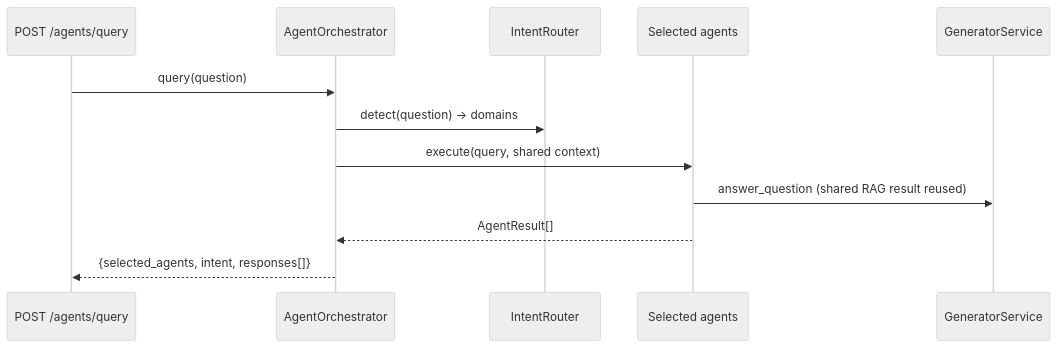
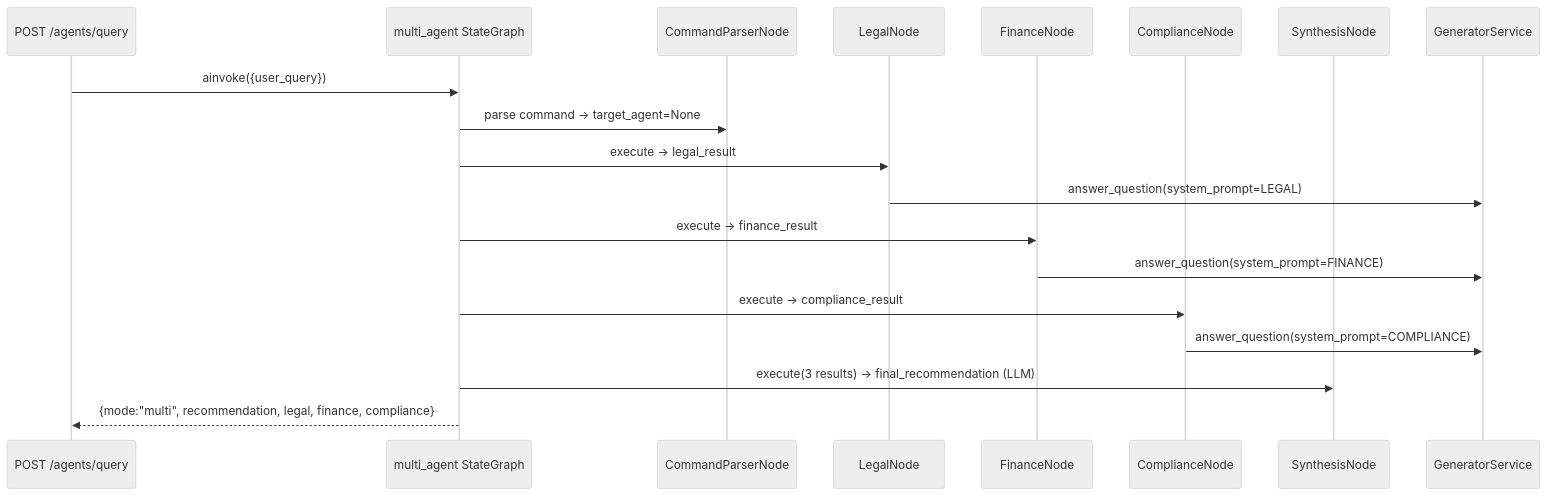
Before and after one commit to maha-mrrk/LegaLinkk: the tenth of 12 diagrams in docs/ARCHITECTURE.md, drawn with Mermaid (neutral theme). The commit also changed other lines of this file and 22 other files, not shown here.

````diff
--- a/docs/ARCHITECTURE.md
+++ b/docs/ARCHITECTURE.md
@@ -750,14 +777,21 @@
 ```mermaid
 sequenceDiagram
   participant API as POST /agents/query
-  participant O as AgentOrchestrator
-  participant IR as IntentRouter
-  participant A as Selected agents
+  participant G as multi_agent StateGraph
+  participant CP as CommandParserNode
+  participant L as LegalNode
+  participant F as FinanceNode
+  participant C as ComplianceNode
+  participant S as SynthesisNode
   participant GEN as GeneratorService
-  API->>O: query(question)
-  O->>IR: detect(question) → domains
-  O->>A: execute(query, shared context)
-  A->>GEN: answer_question (shared RAG result reused)
-  A-->>O: AgentResult[]
-  O-->>API: {selected_agents, intent, responses[]}
+  API->>G: ainvoke({user_query})
+  G->>CP: parse command → target_agent=None
+  G->>L: execute → legal_result
+  L->>GEN: answer_question(system_prompt=LEGAL)
+  G->>F: execute → finance_result
+  F->>GEN: answer_question(system_prompt=FINANCE)
+  G->>C: execute → compliance_result
+  C->>GEN: answer_question(system_prompt=COMPLIANCE)
+  G->>S: execute(3 results) → final_recommendation (LLM)
+  G-->>API: {mode:"multi", recommendation, legal, finance, compliance}
 ```
````
